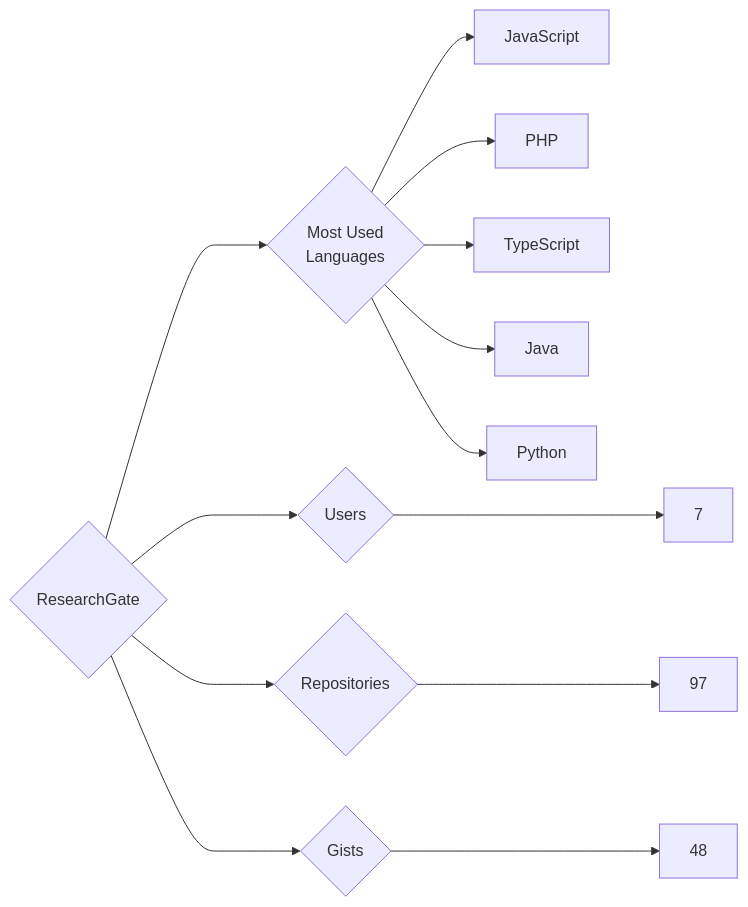
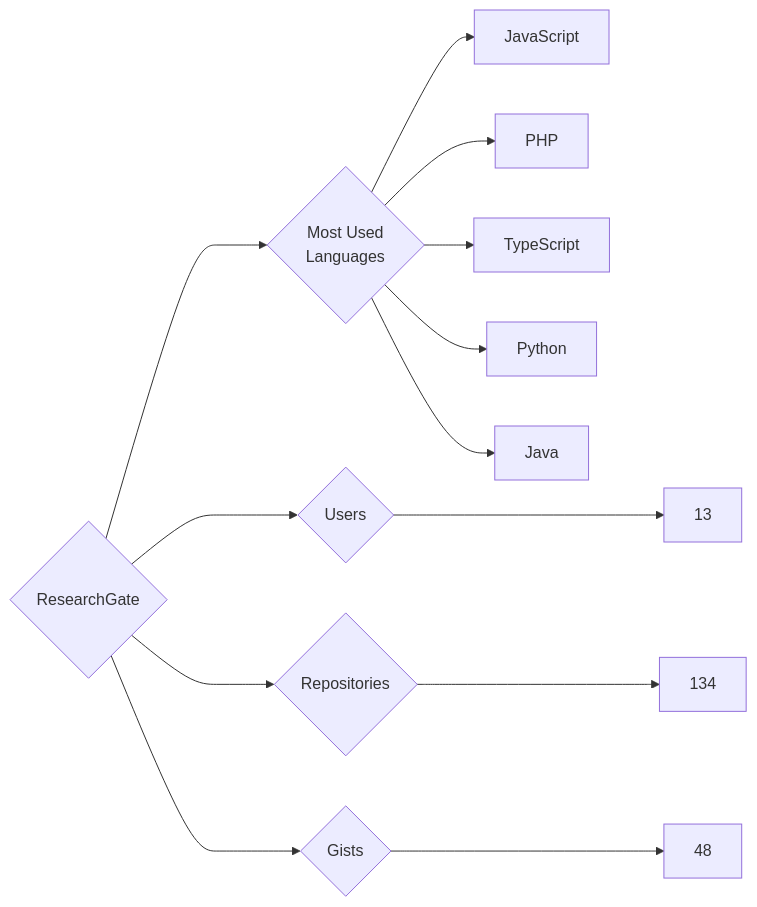
Before and after one commit to trickest/insiders: the diagram in targets/ResearchGate/README.md, drawn with Mermaid. The commit also changed 976 other files, not shown here.

````diff
--- a/targets/ResearchGate/README.md
+++ b/targets/ResearchGate/README.md
@@ -3,13 +3,13 @@
 ```mermaid
 graph LR
 COMPANY_NAME{ResearchGate}
-COMPANY_NAME ---> U{Users} ---> UN[7]
-COMPANY_NAME ---> R{Repositories} ---> RN[97]
+COMPANY_NAME ---> U{Users} ---> UN[13]
+COMPANY_NAME ---> R{Repositories} ---> RN[134]
 COMPANY_NAME ---> G{Gists} ---> GN[48]
 COMPANY_NAME ---> ML{Most Used<br>Languages}
 ML --> JavaScript[JavaScript]
 ML --> PHP[PHP]
 ML --> TypeScript[TypeScript]
+ML --> Python[Python]
 ML --> Java[Java]
-ML --> Python[Python]
 ```
````
